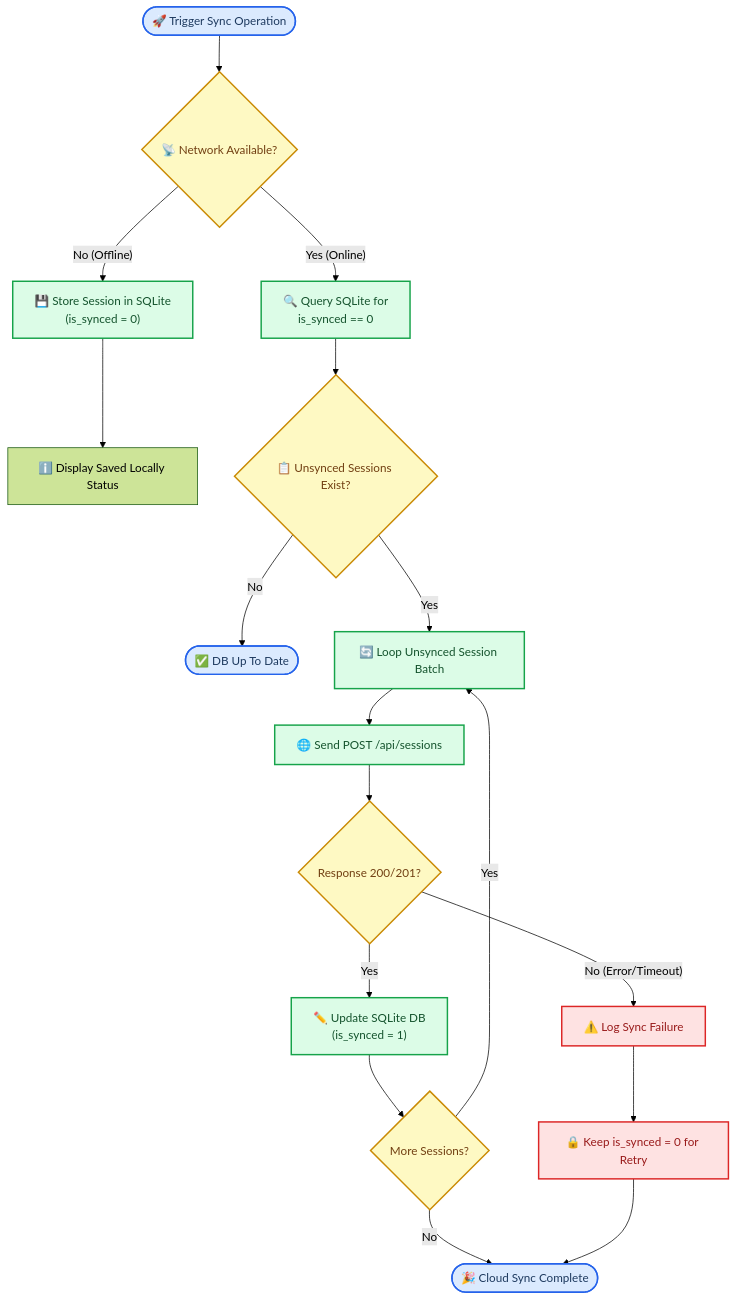
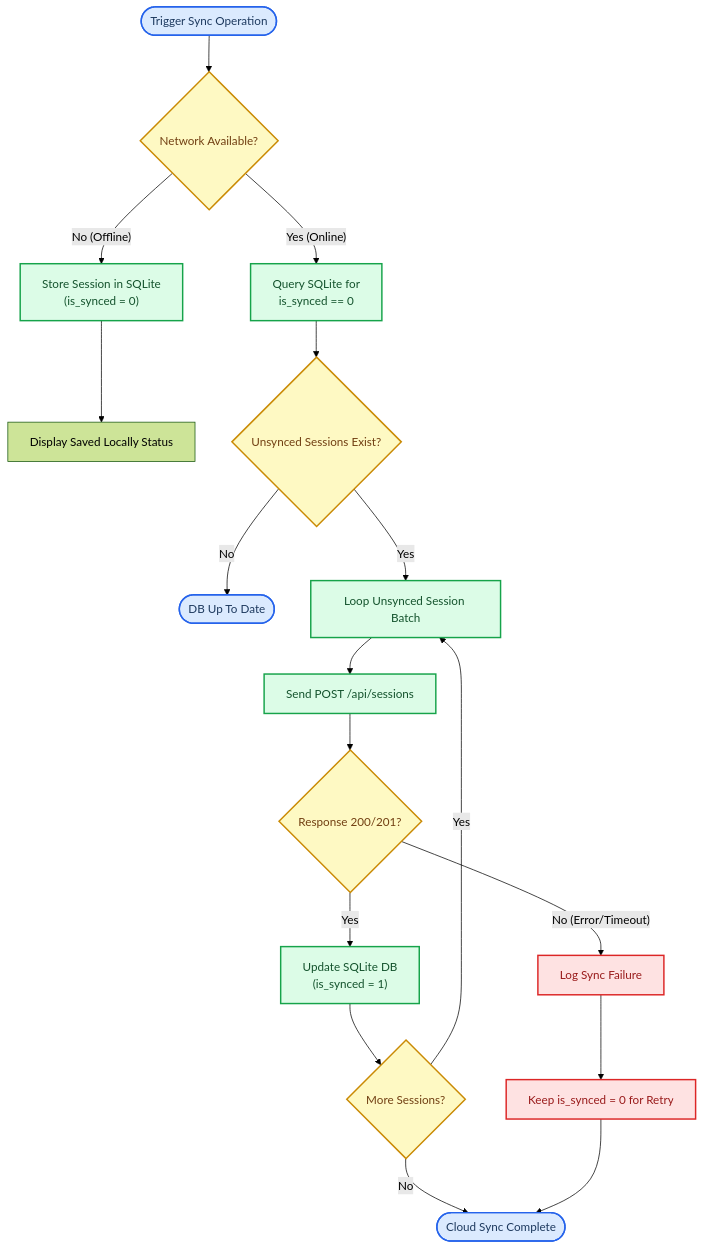
One commit to nashirabbash/VAC-IoT changed the third of 5 diagrams in README.md. Above: the diagram before and after it, drawn with Mermaid (forest theme). The commit also changed other lines of this file, not shown here.

Commit message:
docs: remove emojis from mermaid diagrams in README

````diff
--- a/README.md
+++ b/README.md
@@ -223,38 +374,38 @@
 ```mermaid
 flowchart TD
     accTitle: Offline-First Synchronization Decision Flowchart
     accDescr: Decision flowchart showing local session persistence and conditional remote cloud REST API sync logic.
 
-    start_sync(["🚀 Trigger Sync Operation"]) --> check_net{"📡 Network Available?"}
+    start_sync(["Trigger Sync Operation"]) --> check_net{"Network Available?"}
 
-    check_net -- "No (Offline)" --> store_offline["💾 Store Session in SQLite<br/>(is_synced = 0)"]
-    store_offline --> notify_user["ℹ️ Display Saved Locally Status"]
+    check_net -- "No (Offline)" --> store_offline["Store Session in SQLite<br/>(is_synced = 0)"]
+    store_offline --> notify_user["Display Saved Locally Status"]
 
-    check_net -- "Yes (Online)" --> fetch_unsynced["🔍 Query SQLite for<br/>is_synced == 0"]
-    fetch_unsynced --> has_records{"📋 Unsynced Sessions Exist?"}
+    check_net -- "Yes (Online)" --> fetch_unsynced["Query SQLite for<br/>is_synced == 0"]
+    fetch_unsynced --> has_records{"Unsynced Sessions Exist?"}
 
-    has_records -- "No" --> sync_complete(["✅ DB Up To Date"])
-    has_records -- "Yes" --> iterate_sessions["🔄 Loop Unsynced Session Batch"]
+    has_records -- "No" --> sync_complete(["DB Up To Date"])
+    has_records -- "Yes" --> iterate_sessions["Loop Unsynced Session Batch"]
 
-    iterate_sessions --> send_api["🌐 Send POST /api/sessions"]
+    iterate_sessions --> send_api["Send POST /api/sessions"]
     send_api --> api_success{"Response 200/201?"}
 
-    api_success -- "Yes" --> mark_synced["✏️ Update SQLite DB<br/>(is_synced = 1)"]
+    api_success -- "Yes" --> mark_synced["Update SQLite DB<br/>(is_synced = 1)"]
     mark_synced --> next_session{"More Sessions?"}
     next_session -- "Yes" --> iterate_sessions
-    next_session -- "No" --> sync_done(["🎉 Cloud Sync Complete"])
+    next_session -- "No" --> sync_done(["Cloud Sync Complete"])
 
-    api_success -- "No (Error/Timeout)" --> log_error["⚠️ Log Sync Failure"]
-    log_error --> keep_local["🔒 Keep is_synced = 0 for Retry"]
+    api_success -- "No (Error/Timeout)" --> log_error["Log Sync Failure"]
+    log_error --> keep_local["Keep is_synced = 0 for Retry"]
     keep_local --> sync_done
 
     classDef startStyle fill:#dbeafe,stroke:#2563eb,stroke-width:2px,color:#1e3a5f
     classDef decisionStyle fill:#fef9c3,stroke:#ca8a04,stroke-width:2px,color:#713f12
     classDef actionStyle fill:#dcfce7,stroke:#16a34a,stroke-width:2px,color:#14532d
     classDef warnStyle fill:#fee2e2,stroke:#dc2626,stroke-width:2px,color:#991b1b
 
     class start_sync,sync_complete,sync_done startStyle
     class check_net,has_records,api_success,next_session decisionStyle
     class store_offline,fetch_unsynced,iterate_sessions,send_api,mark_synced actionStyle
     class log_error,keep_local warnStyle
 ```
````
